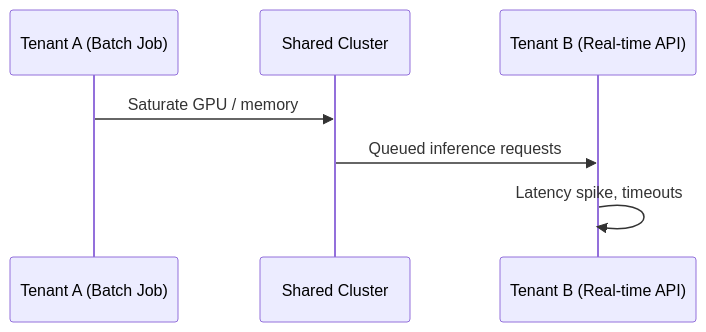
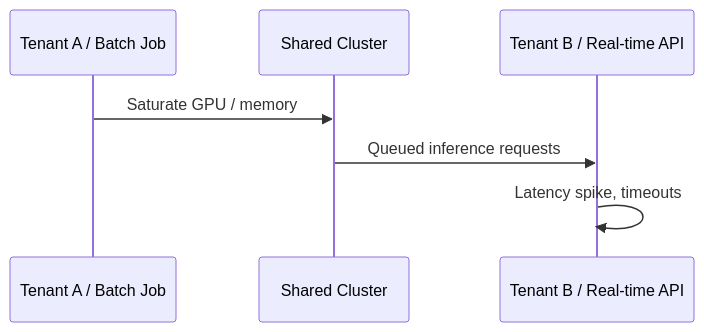
One commit to hsoni92/ml-workbook changed the second of 2 diagrams in bits-pilani/trimester-3/notes/machine-learning-model-engineering/week-12/09-what-is-tenant-and-noisy-neighbor-problem-transcript.md. Above: the diagram before and after it, drawn with Mermaid. The commit also changed other lines of this file and 59 other files, not shown here.

````diff
--- a/bits-pilani/trimester-3/notes/machine-learning-model-engineering/week-12/09-what-is-tenant-and-noisy-neighbor-problem-transcript.md
+++ b/bits-pilani/trimester-3/notes/machine-learning-model-engineering/week-12/09-what-is-tenant-and-noisy-neighbor-problem-transcript.md
@@ -90,9 +90,9 @@
 ```mermaid
 sequenceDiagram
-    participant A as Tenant A (Batch Job)
+    participant A as Tenant A / Batch Job
     participant C as Shared Cluster
-    participant B as Tenant B (Real-time API)
+    participant B as Tenant B / Real-time API
     A->>C: Saturate GPU / memory
     C->>B: Queued inference requests
     B->>B: Latency spike, timeouts
 ```
````
